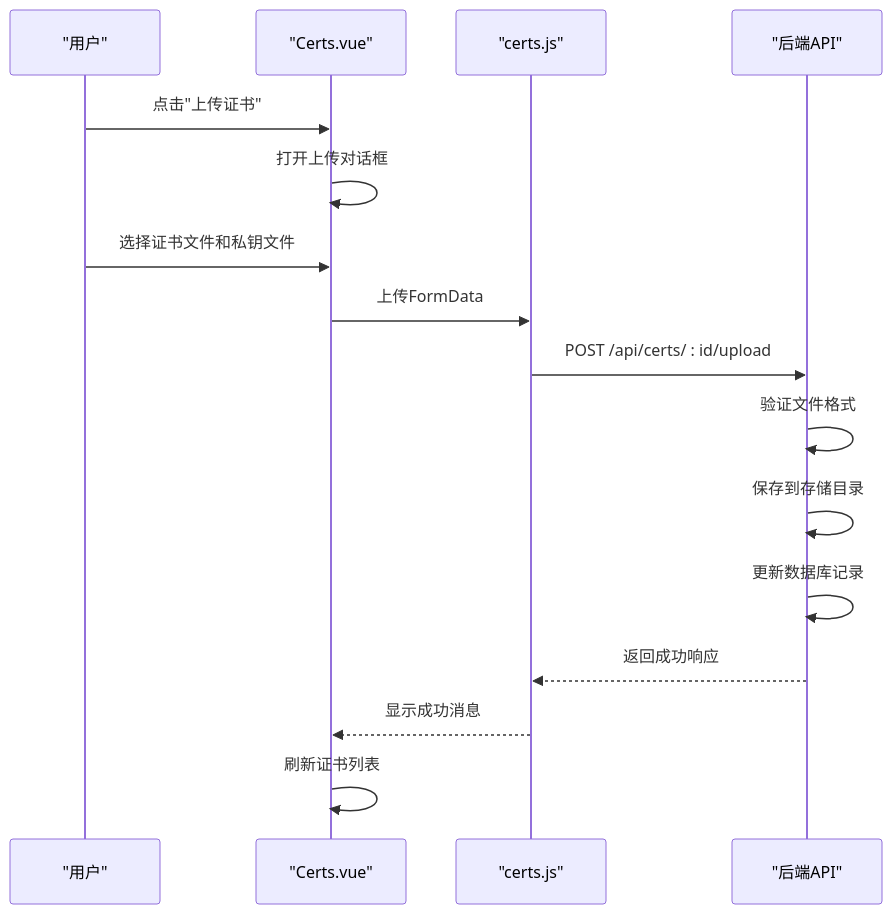
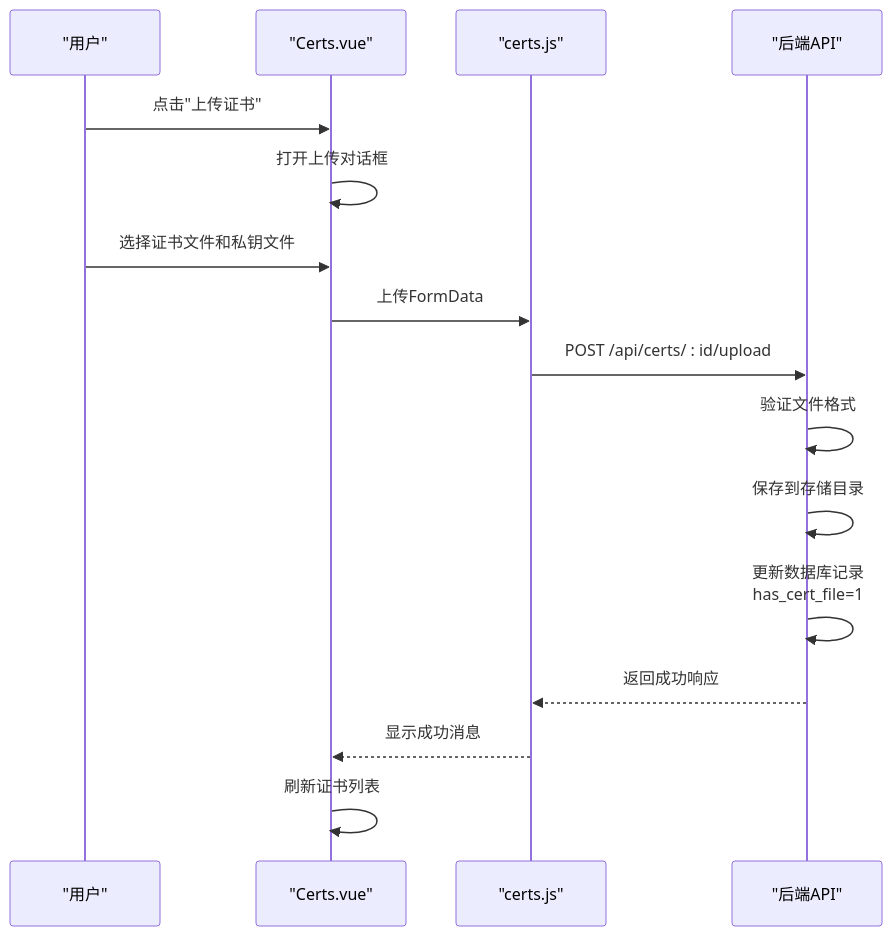
The eighth of 12 diagrams in .qoder/repowiki/zh/content/核心功能模块/证书管理模块.md (ismine3/OPS), drawn with Mermaid before and after one commit. The commit also changed other lines of this file and 13 other files, not shown here.

````diff
--- a/.qoder/repowiki/zh/content/核心功能模块/证书管理模块.md
+++ b/.qoder/repowiki/zh/content/核心功能模块/证书管理模块.md
@@ -317,18 +322,18 @@
 ```mermaid
 sequenceDiagram
 participant User as "用户"
 participant UI as "Certs.vue"
 participant API as "certs.js"
 participant Server as "后端API"
 User->>UI : 点击"上传证书"
 UI->>UI : 打开上传对话框
 User->>UI : 选择证书文件和私钥文件
 UI->>API : 上传FormData
 API->>Server : POST /api/certs/ : id/upload
 Server->>Server : 验证文件格式
 Server->>Server : 保存到存储目录
-Server->>Server : 更新数据库记录
+Server->>Server : 更新数据库记录<br/>has_cert_file=1
 Server-->>API : 返回成功响应
 API-->>UI : 显示成功消息
 UI->>UI : 刷新证书列表
 ```
````
